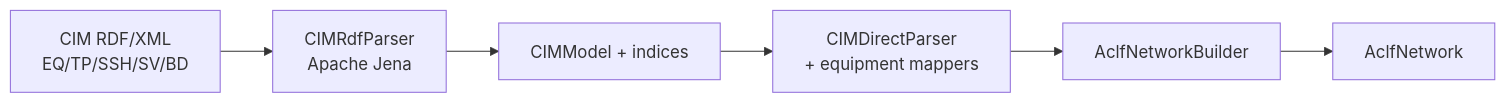
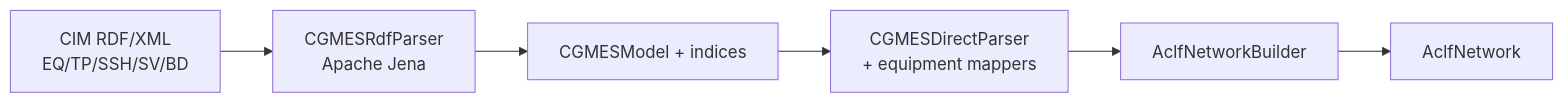
Before and after one commit to InterPSS-Project/ipss-plugin: the third of 3 diagrams in docs/odm/file_adapter_odm_bypass_aclfnet-plan.md, drawn with Mermaid. The commit also changed other lines of this file, not shown here.

````diff
--- a/docs/odm/file_adapter_odm_bypass_aclfnet-plan.md
+++ b/docs/odm/file_adapter_odm_bypass_aclfnet-plan.md
@@ -210,8 +210,8 @@
 ```mermaid
 flowchart LR
-  CimFiles["CIM RDF/XML\nEQ/TP/SSH/SV/BD"] --> Rdf["CIMRdfParser\nApache Jena"]
-  Rdf --> Model["CIMModel + indices"]
-  Model --> Direct["CIMDirectParser\n+ equipment mappers"]
+  CimFiles["CIM RDF/XML\nEQ/TP/SSH/SV/BD"] --> Rdf["CGMESRdfParser\nApache Jena"]
+  Rdf --> Model["CGMESModel + indices"]
+  Model --> Direct["CGMESDirectParser\n+ equipment mappers"]
   Direct --> Builder["AclfNetworkBuilder"]
   Builder --> Net["AclfNetwork"]
 ```
````
